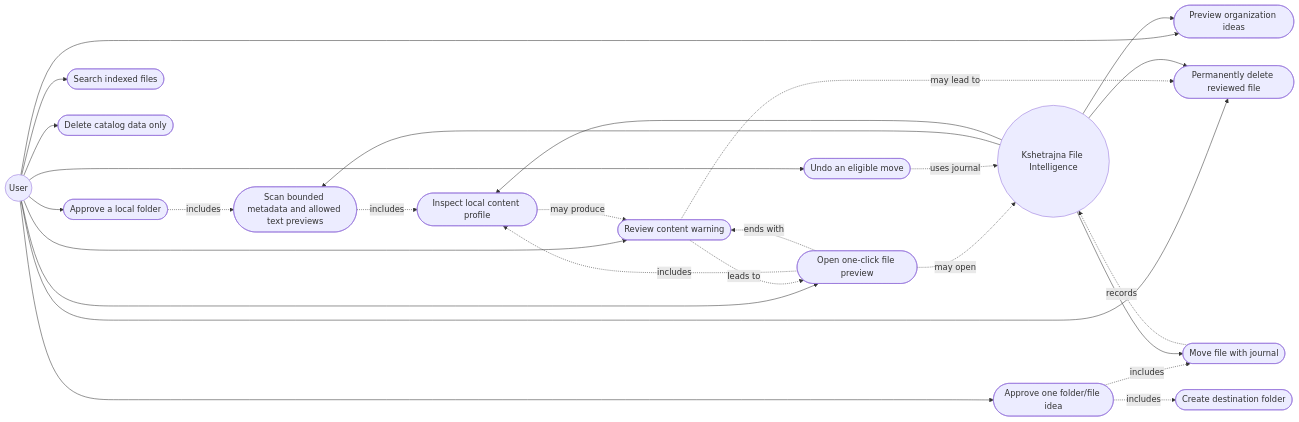
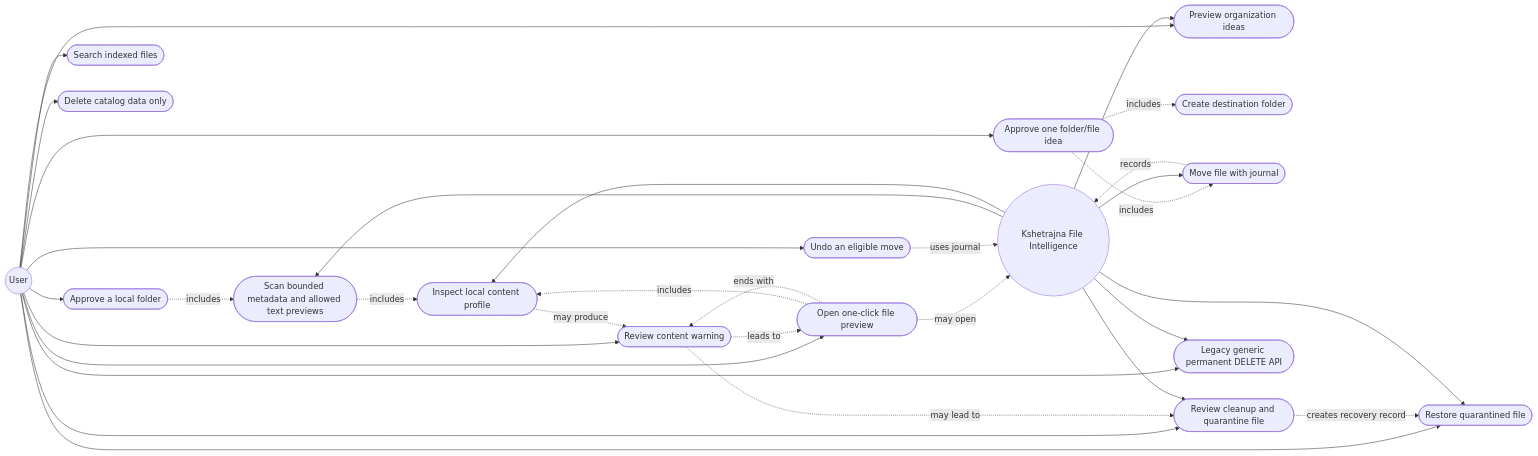
Before and after one commit to Team-SankatMochan/KSHETRAJNA-OS: the second of 2 diagrams in docs/UML.md, drawn with Mermaid. The commit also changed 30 other files, not shown here.

Commit message:
feat(cleanup): add reversible quarantine and harden recovery lifecycle

````diff
--- a/docs/UML.md
+++ b/docs/UML.md
@@ -120,47 +120,54 @@
 ```mermaid
 flowchart LR
     User((User))
     K((Kshetrajna File Intelligence))
 
     ApproveRoot([Approve a local folder])
     Scan([Scan bounded metadata and allowed text previews])
     Inspect([Inspect local content profile])
     Review([Review content warning])
     OpenPreview([Open one-click file preview])
     Search([Search indexed files])
     Plan([Preview organization ideas])
     ApproveMove([Approve one folder/file idea])
     CreateFolder([Create destination folder])
     Move([Move file with journal])
-    Delete([Permanently delete reviewed file])
+    Quarantine([Review cleanup and quarantine file])
+    Restore([Restore quarantined file])
+    LegacyDelete([Legacy generic permanent DELETE API])
     Undo([Undo an eligible move])
     DeleteCatalog([Delete catalog data only])
 
     User --> ApproveRoot
     User --> Review
     User --> OpenPreview
     User --> Search
     User --> Plan
     User --> ApproveMove
     User --> Undo
-    User --> Delete
+    User --> Quarantine
+    User --> Restore
+    User --> LegacyDelete
     User --> DeleteCatalog
 
     ApproveRoot -. includes .-> Scan
     Scan -. includes .-> Inspect
     Inspect -. may produce .-> Review
     Review -. leads to .-> OpenPreview
     OpenPreview -. includes .-> Inspect
     OpenPreview -. ends with .-> Review
     OpenPreview -. may open .-> K
     ApproveMove -. includes .-> CreateFolder
     ApproveMove -. includes .-> Move
-    Review -. may lead to .-> Delete
+    Review -. may lead to .-> Quarantine
+    Quarantine -. creates recovery record .-> Restore
     Move -. records .-> K
     Undo -. uses journal .-> K
     K --> Scan
     K --> Inspect
     K --> Plan
     K --> Move
-    K --> Delete
+    K --> Quarantine
+    K --> Restore
+    K --> LegacyDelete
 ```
````
